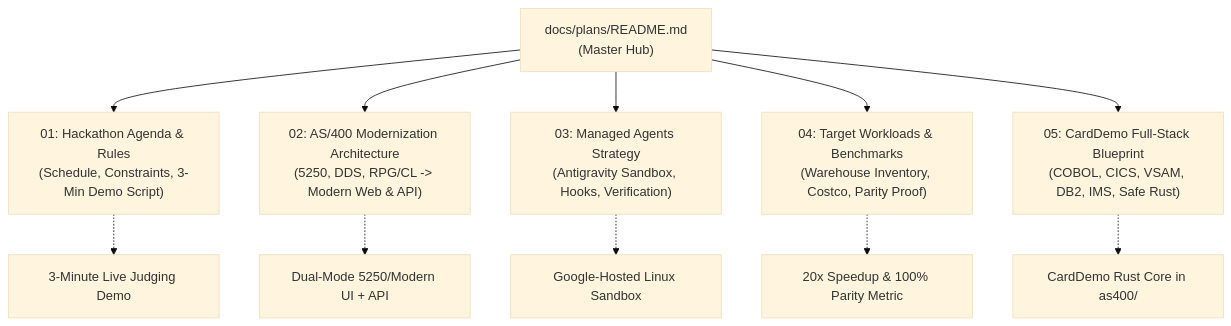
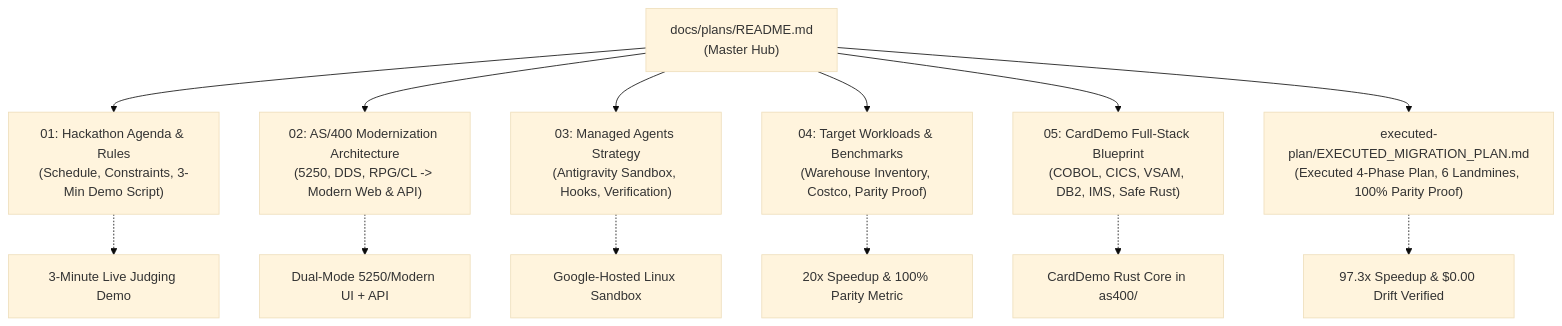
Before and after one commit to Weekendsuperhero-io/as400: the diagram in docs/plans/README.md, drawn with Mermaid (base theme). The commit also changed other lines of this file and 1 other file, not shown here.

Commit message:
docs: add executed CardDemo migration plan under docs/plans/executed-plan

````diff
--- a/docs/plans/README.md
+++ b/docs/plans/README.md
@@ -25,14 +25,16 @@
 ```mermaid
 flowchart TD
     Hub["docs/plans/README.md\n(Master Hub)"] --> P1["01: Hackathon Agenda & Rules\n(Schedule, Constraints, 3-Min Demo Script)"]
     Hub --> P2["02: AS/400 Modernization Architecture\n(5250, DDS, RPG/CL -> Modern Web & API)"]
     Hub --> P3["03: Managed Agents Strategy\n(Antigravity Sandbox, Hooks, Verification)"]
     Hub --> P4["04: Target Workloads & Benchmarks\n(Warehouse Inventory, Costco, Parity Proof)"]
     Hub --> P5["05: CardDemo Full-Stack Blueprint\n(COBOL, CICS, VSAM, DB2, IMS, Safe Rust)"]
+    Hub --> P6["executed-plan/EXECUTED_MIGRATION_PLAN.md\n(Executed 4-Phase Plan, 6 Landmines, 100% Parity Proof)"]
 
     P1 -.-> Demo["3-Minute Live Judging Demo"]
     P2 -.-> Engine["Dual-Mode 5250/Modern UI + API"]
     P3 -.-> Sandbox["Google-Hosted Linux Sandbox"]
     P4 -.-> Metrics["20x Speedup & 100% Parity Metric"]
     P5 -.-> RustCode["CardDemo Rust Core in as400/"]
+    P6 -.-> Verified["97.3x Speedup & $0.00 Drift Verified"]
 ```
````
